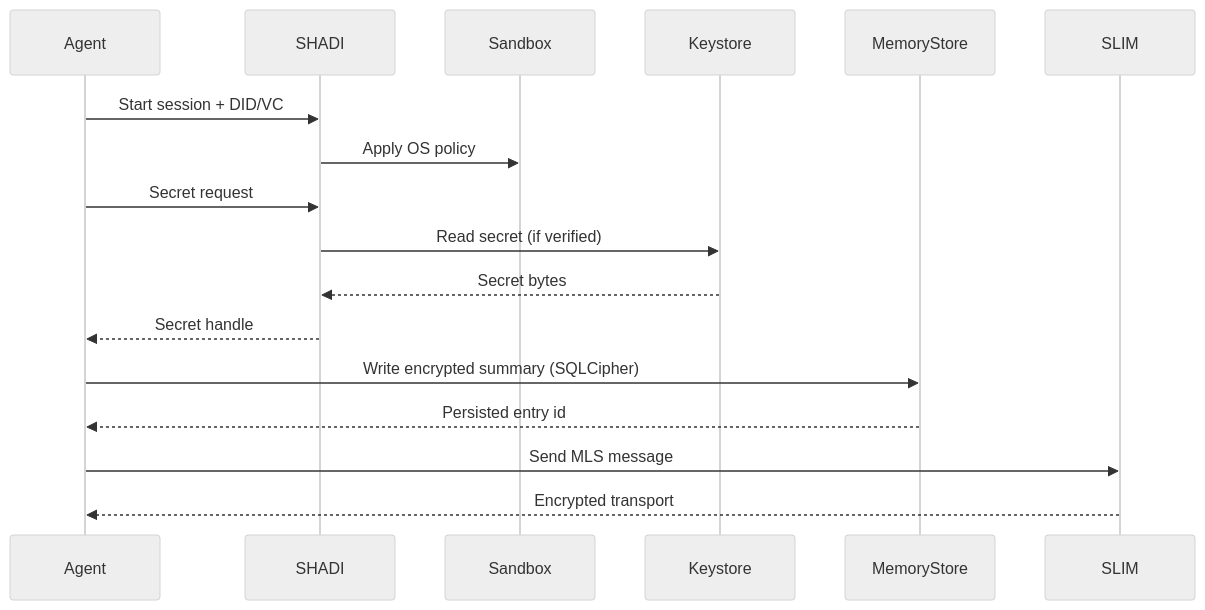
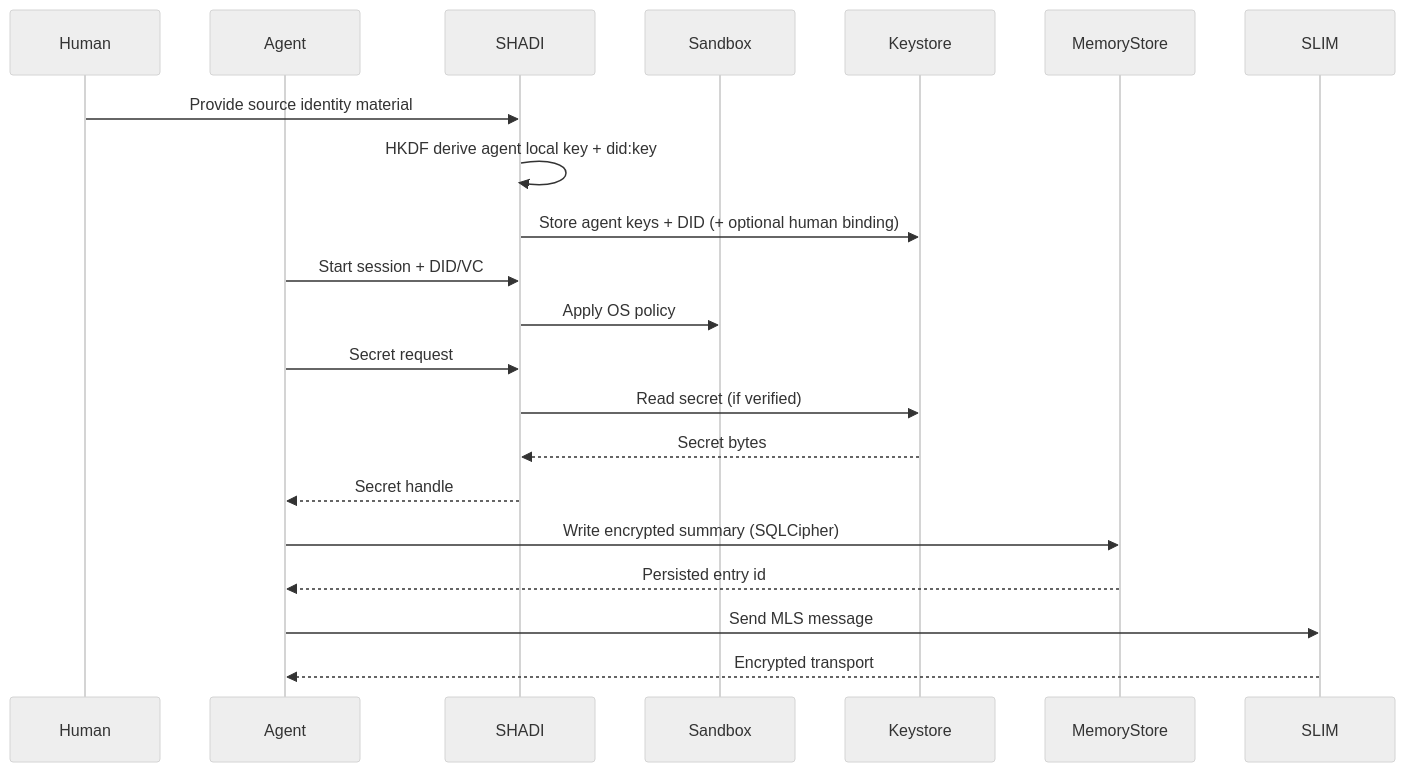
The first of 2 diagrams in docs/architecture.md (agntcy/shadi), drawn with Mermaid (neutral theme) before and after one commit. The commit also changed other lines of this file and 7 other files, not shown here.

Commit message:
Add portable launcher profiles and verifiable human-agent identity derivation

````diff
--- a/docs/architecture.md
+++ b/docs/architecture.md
@@ -117,20 +138,24 @@
 ```mermaid
 sequenceDiagram
+  participant Human
   participant Agent
   participant SHADI
   participant Sandbox
   participant Keystore
   participant MemoryStore
   participant SLIM
 
+  Human->>SHADI: Provide source identity material
+  SHADI->>SHADI: HKDF derive agent local key + did:key
+  SHADI->>Keystore: Store agent keys + DID (+ optional human binding)
   Agent->>SHADI: Start session + DID/VC
   SHADI->>Sandbox: Apply OS policy
   Agent->>SHADI: Secret request
   SHADI->>Keystore: Read secret (if verified)
   Keystore-->>SHADI: Secret bytes
   SHADI-->>Agent: Secret handle
   Agent->>MemoryStore: Write encrypted summary (SQLCipher)
   MemoryStore-->>Agent: Persisted entry id
   Agent->>SLIM: Send MLS message
   SLIM-->>Agent: Encrypted transport
 ```
````
